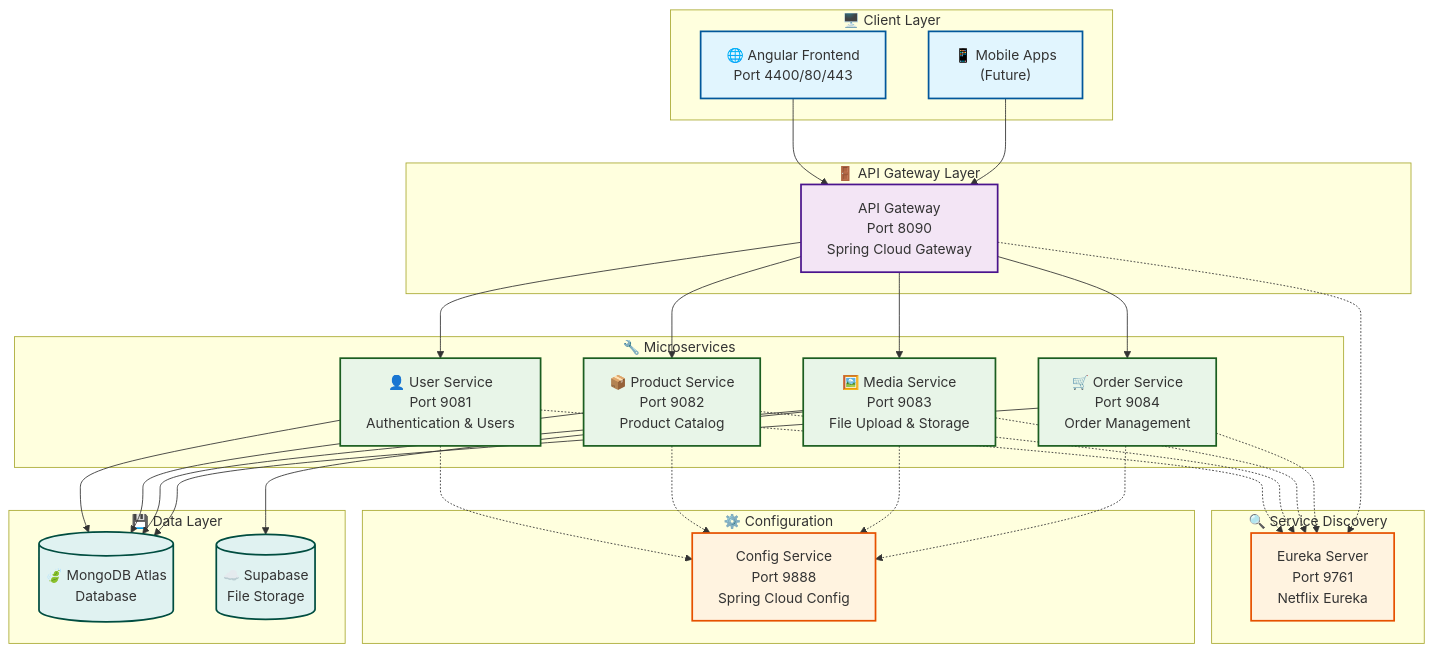
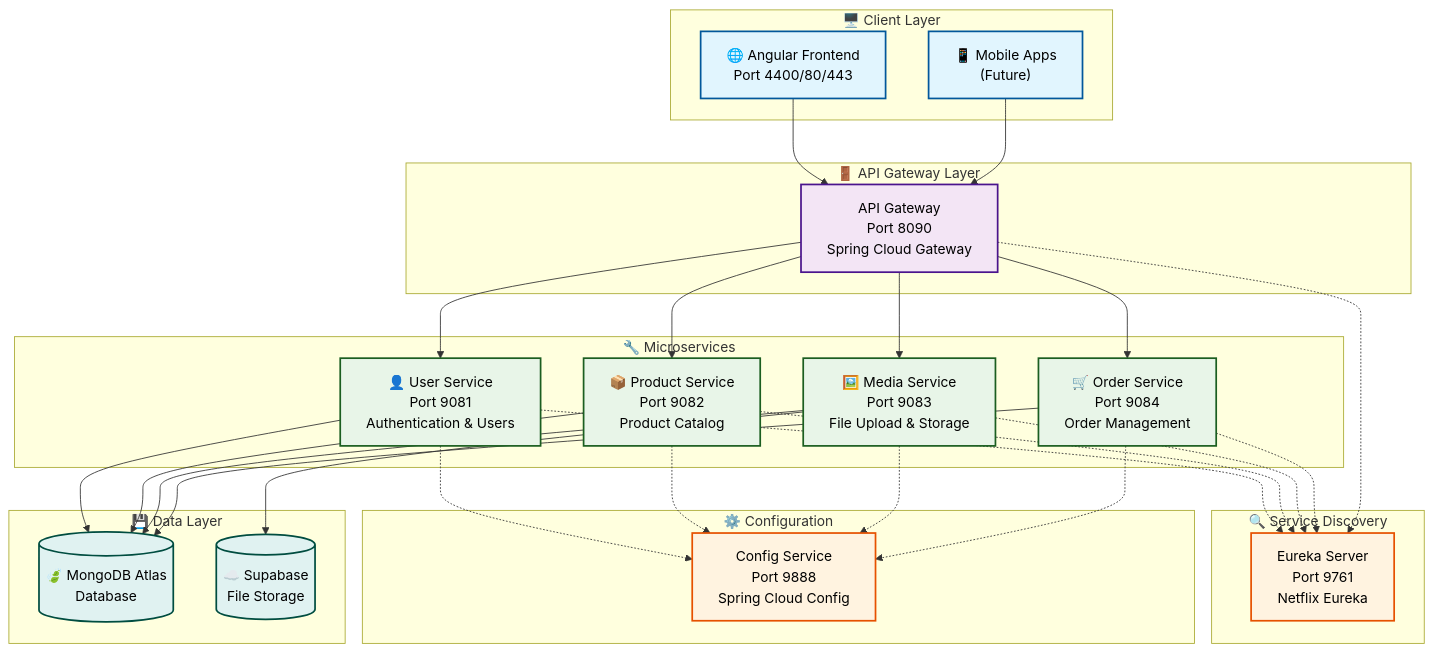
One commit to TanakAiko/mr-jenk changed the diagram in README.md. Above: the diagram before and after it, drawn with Mermaid. The commit also changed other lines of this file and 5 other files, not shown here.

````diff
--- a/README.md
+++ b/README.md
@@ -27,67 +31,67 @@
 ```mermaid
 flowchart TB
-    subgraph Client["🖥️ Client Layer"]
+    subgraph Client ["🖥️ Client Layer"]
         WEB["🌐 Angular Frontend<br/>Port 4400/80/443"]
         MOBILE["📱 Mobile Apps<br/>(Future)"]
     end
     
-    subgraph Gateway["🚪 API Gateway Layer"]
+    subgraph Gateway ["🚪 API Gateway Layer"]
         APIGATE["API Gateway<br/>Port 8090<br/>Spring Cloud Gateway"]
     end
     
-    subgraph Discovery["🔍 Service Discovery"]
+    subgraph Discovery ["🔍 Service Discovery"]
         EUREKA["Eureka Server<br/>Port 9761<br/>Netflix Eureka"]
     end
     
-    subgraph Config["⚙️ Configuration"]
+    subgraph Config ["⚙️ Configuration"]
         CONFIGSVC["Config Service<br/>Port 9888<br/>Spring Cloud Config"]
     end
     
-    subgraph Services["🔧 Microservices"]
+    subgraph Services ["🔧 Microservices"]
         USER["👤 User Service<br/>Port 9081<br/>Authentication & Users"]
         PRODUCT["📦 Product Service<br/>Port 9082<br/>Product Catalog"]
         MEDIA["🖼️ Media Service<br/>Port 9083<br/>File Upload & Storage"]
         ORDER["🛒 Order Service<br/>Port 9084<br/>Order Management"]
     end
     
-    subgraph Data["💾 Data Layer"]
+    subgraph Data ["💾 Data Layer"]
         MONGO[("🍃 MongoDB Atlas<br/>Database")]
         SUPABASE[("☁️ Supabase<br/>File Storage")]
     end
     
     WEB --> APIGATE
     MOBILE --> APIGATE
     APIGATE --> USER
     APIGATE --> PRODUCT
     APIGATE --> MEDIA
     APIGATE --> ORDER
     
     USER -.-> EUREKA
     PRODUCT -.-> EUREKA
     MEDIA -.-> EUREKA
     ORDER -.-> EUREKA
     APIGATE -.-> EUREKA
     
     USER -.-> CONFIGSVC
     PRODUCT -.-> CONFIGSVC
     MEDIA -.-> CONFIGSVC
     ORDER -.-> CONFIGSVC
     
     USER --> MONGO
     PRODUCT --> MONGO
     MEDIA --> MONGO
     ORDER --> MONGO
     MEDIA --> SUPABASE
     
-    classDef clientStyle fill:#e1f5fe,stroke:#01579b,stroke-width:2px
-    classDef gatewayStyle fill:#f3e5f5,stroke:#4a148c,stroke-width:2px
-    classDef serviceStyle fill:#e8f5e8,stroke:#1b5e20,stroke-width:2px
-    classDef dataStyle fill:#e0f2f1,stroke:#004d40,stroke-width:2px
-    classDef configStyle fill:#fff3e0,stroke:#e65100,stroke-width:2px
+    classDef clientStyle fill:#e1f5fe,stroke:#01579b,stroke-width:2px,color:black
+    classDef gatewayStyle fill:#f3e5f5,stroke:#4a148c,stroke-width:2px,color:black
+    classDef serviceStyle fill:#e8f5e8,stroke:#1b5e20,stroke-width:2px,color:black
+    classDef dataStyle fill:#e0f2f1,stroke:#004d40,stroke-width:2px,color:black
+    classDef configStyle fill:#fff3e0,stroke:#e65100,stroke-width:2px,color:black
     
     class WEB,MOBILE clientStyle
     class APIGATE gatewayStyle
     class USER,PRODUCT,MEDIA,ORDER serviceStyle
     class MONGO,SUPABASE dataStyle
     class EUREKA,CONFIGSVC configStyle
 ```
````
